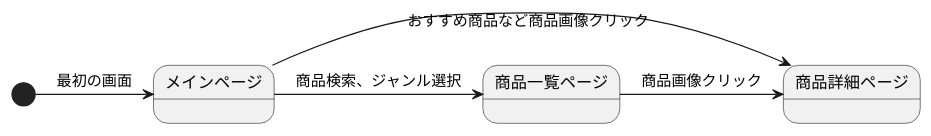
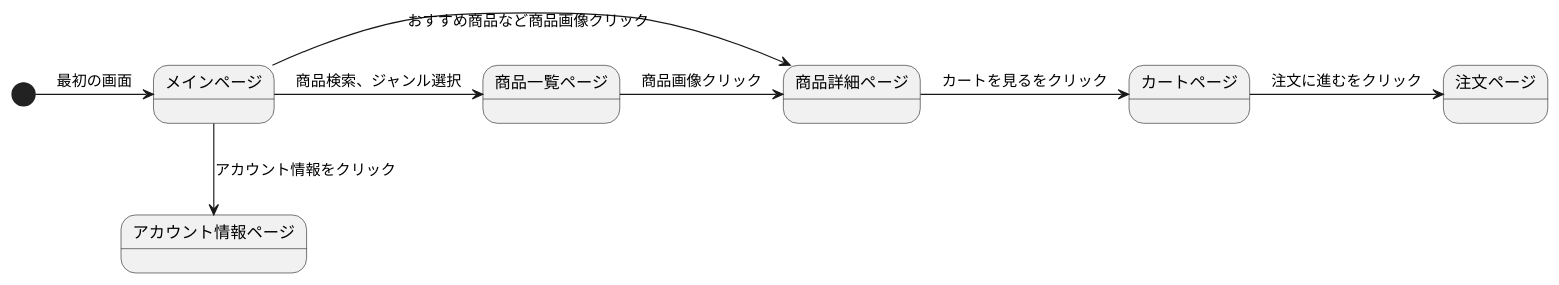
Before and after one commit to Aso2001385/2021sys-design: the first of 2 diagrams in orcashop/StateMachine.md, drawn with PlantUML.

````diff
--- a/orcashop/StateMachine.md
+++ b/orcashop/StateMachine.md
@@ -1,11 +1,13 @@
 ```uml
 @startuml
 
 [*] -> メインページ: 最初の画面
 メインページ -> 商品一覧ページ: 商品検索、ジャンル選択
 メインページ -> 商品詳細ページ: おすすめ商品など商品画像クリック
 商品一覧ページ -> 商品詳細ページ: 商品画像クリック
-
+商品詳細ページ -> カートページ: カートを見るをクリック
+カートページ -> 注文ページ: 注文に進むをクリック
+メインページ -down-> アカウント情報ページ: アカウント情報をクリック
 
 @enduml
 ```
````
